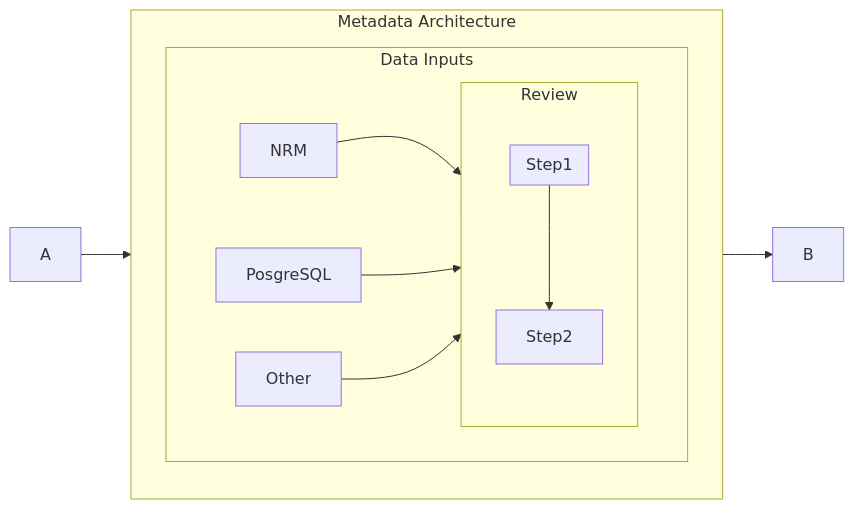
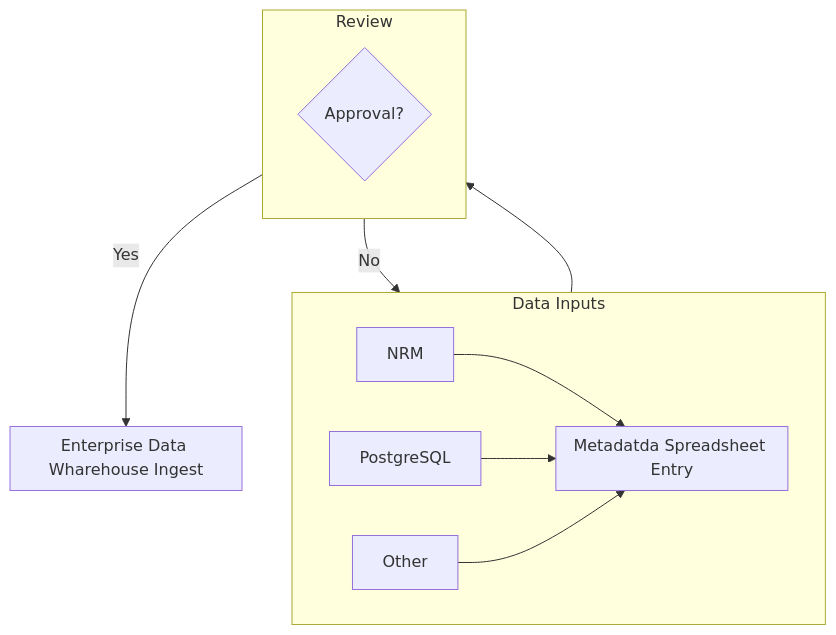
Before and after one commit to forestbytes/catalog: the diagram in docs/metadata-architecture.md, drawn with Mermaid. The commit also changed 3 other files, not shown here.

Commit message:
Added basic chart for metadata architecture

````diff
--- a/docs/metadata-architecture.md
+++ b/docs/metadata-architecture.md
@@ -1,22 +1,29 @@
 ```mermaid
-flowchart LR
-  subgraph MetadataArchitecture[Metadata Architecture]
+
+flowchart TB
+  subgraph DataInputs[Data Inputs]
+      direction LR
+      NRM
+      PostgreSQL
+      Other
+      subgraph MetadataSpreadsheetEntry[Metadatda Spreadsheet Entry]
+      end
+  end
+
+  NRM --> MetadataSpreadsheetEntry
+  PostgreSQL --> MetadataSpreadsheetEntry
+  Other --> MetadataSpreadsheetEntry
+
+  subgraph Review
     direction TB
-    subgraph DataInputs[Data Inputs]
-        direction LR
-        NRM --> Review
-        PosgreSQL --> Review
-        Other --> Review
-    end
-    subgraph Review
-        direction TB
-        subgraph Step1
-          direction LR
-        end
-        Step1 --> Step2
-    end
+    A@{ shape: diamond, label: "Approval?" }      
   end
-  A --> MetadataArchitecture --> B
-  DataInputs --> Review
 
+  subgraph EDW[Enterprise Data Wharehouse Ingest]
+  end
+
+  MetadataSpreadsheetEntry --> Review
+  A --> |Yes| EDW
+  A --> |No| DataInputs
+  
 ```
````
